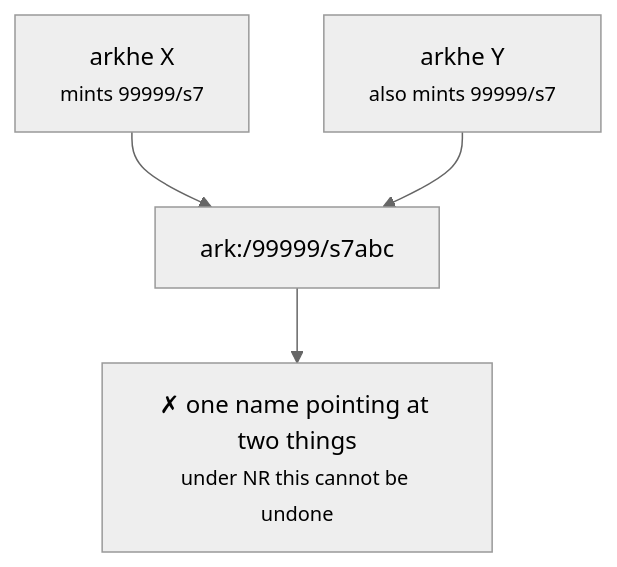
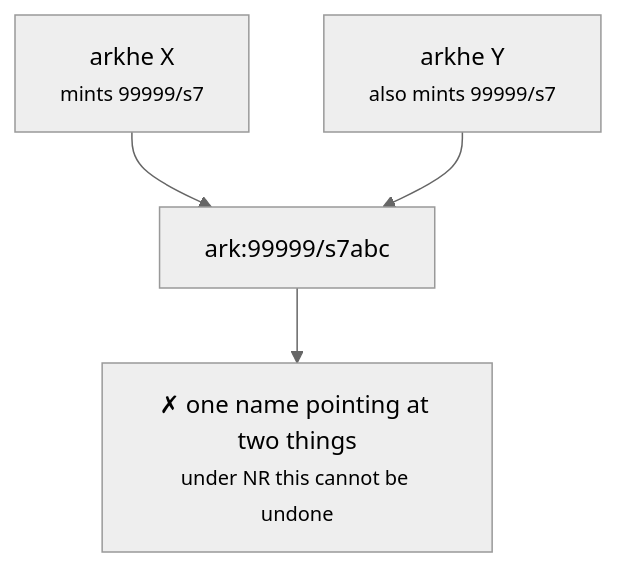
Diagram 14 of 14 in docs/guides/federation.md (RCOSDP/arkhe), drawn with Mermaid (neutral theme) before and after one commit. The commit also changed other lines of this file and 75 other files, not shown here.

````diff
--- a/docs/guides/federation.md
+++ b/docs/guides/federation.md
@@ -495,6 +496,6 @@
 ```mermaid
 flowchart TD
-    X["arkhe X<br/><small>mints 99999/s7</small>"] --> N["ark:/99999/s7abc"]
+    X["arkhe X<br/><small>mints 99999/s7</small>"] --> N["ark:99999/s7abc"]
     Y["arkhe Y<br/><small>also mints 99999/s7</small>"] --> N
     N --> Z["✗ one name pointing at two things<br/><small>under NR this cannot be undone</small>"]
 ```
````
